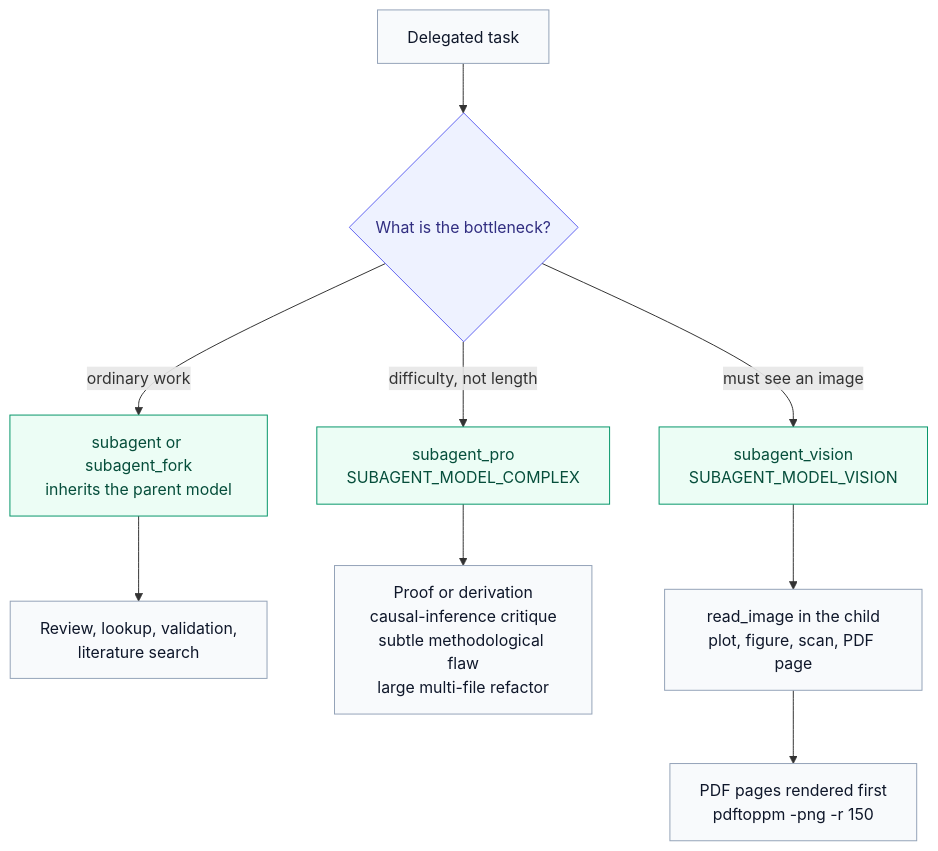
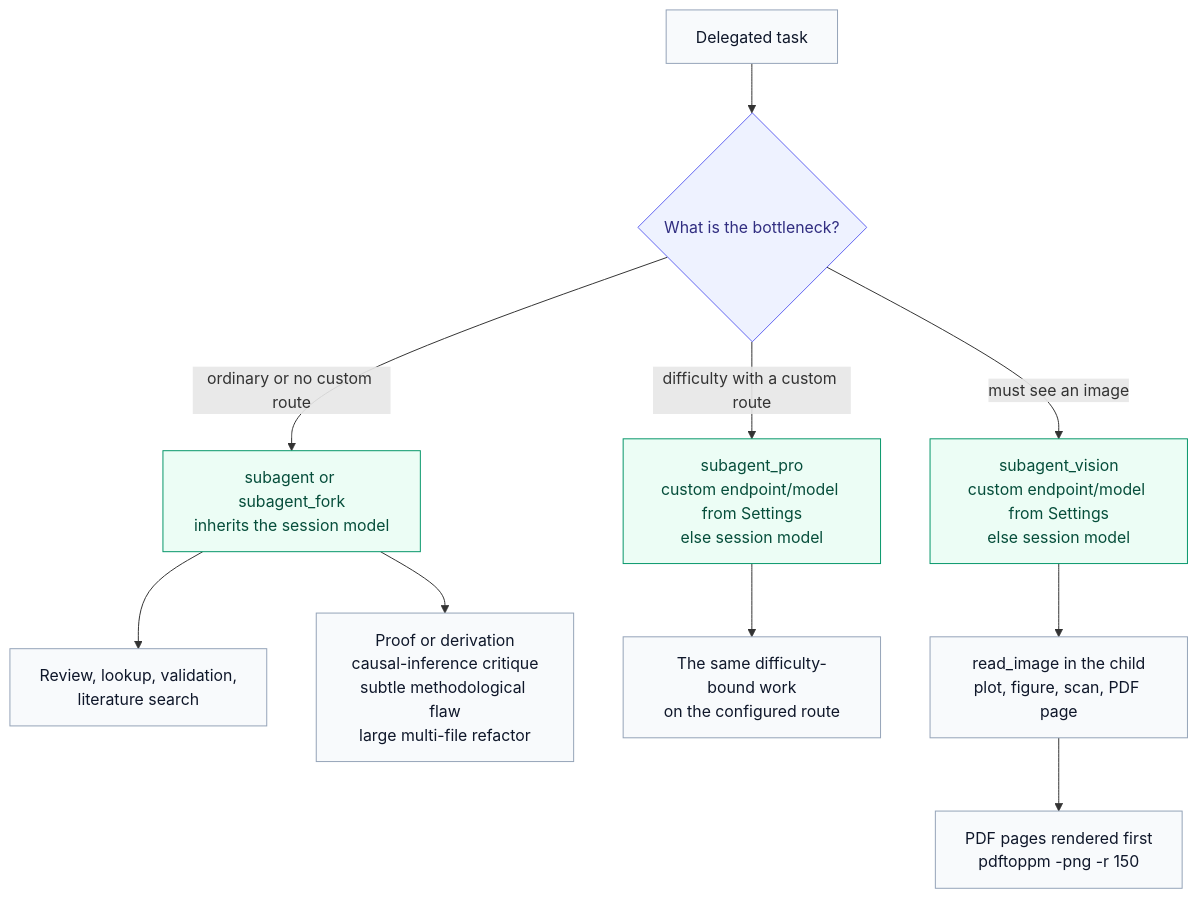
Before and after one commit to raktim-mondol/academic-harness: the diagram in docs/diagrams/subagent-routing.mmd, drawn with Mermaid. The commit also changed 20 other files, not shown here.

```diff
--- a/docs/diagrams/subagent-routing.mmd
+++ b/docs/diagrams/subagent-routing.mmd
@@ -1,17 +1,18 @@
 flowchart TD
   task[Delegated task] --> q{What is the bottleneck?}
-  q -->|ordinary work| sub[subagent or subagent_fork<br/>inherits the parent model]
-  q -->|difficulty, not length| pro[subagent_pro<br/>SUBAGENT_MODEL_COMPLEX]
-  q -->|must see an image| vision[subagent_vision<br/>SUBAGENT_MODEL_VISION]
+  q -->|ordinary or no custom route| sub[subagent or subagent_fork<br/>inherits the session model]
+  q -->|difficulty with a custom route| pro[subagent_pro<br/>custom endpoint/model from Settings<br/>else session model]
+  q -->|must see an image| vision[subagent_vision<br/>custom endpoint/model from Settings<br/>else session model]
 
   sub --> routine[Review, lookup, validation,<br/>literature search]
-  pro --> hard[Proof or derivation<br/>causal-inference critique<br/>subtle methodological flaw<br/>large multi-file refactor]
+  sub --> hard[Proof or derivation<br/>causal-inference critique<br/>subtle methodological flaw<br/>large multi-file refactor]
+  pro --> custom[The same difficulty-bound work<br/>on the configured route]
   vision --> image[read_image in the child<br/>plot, figure, scan, PDF page]
   image --> render[PDF pages rendered first<br/>pdftoppm -png -r 150]
 
   classDef route fill:#eef2ff,stroke:#6366f1,color:#312e81
   classDef model fill:#ecfdf5,stroke:#059669,color:#064e3b
   classDef use fill:#f8fafc,stroke:#94a3b8,color:#0f172a
   class q route
   class sub,pro,vision model
-  class routine,hard,image,render,task use
+  class routine,hard,custom,image,render,task use
```
